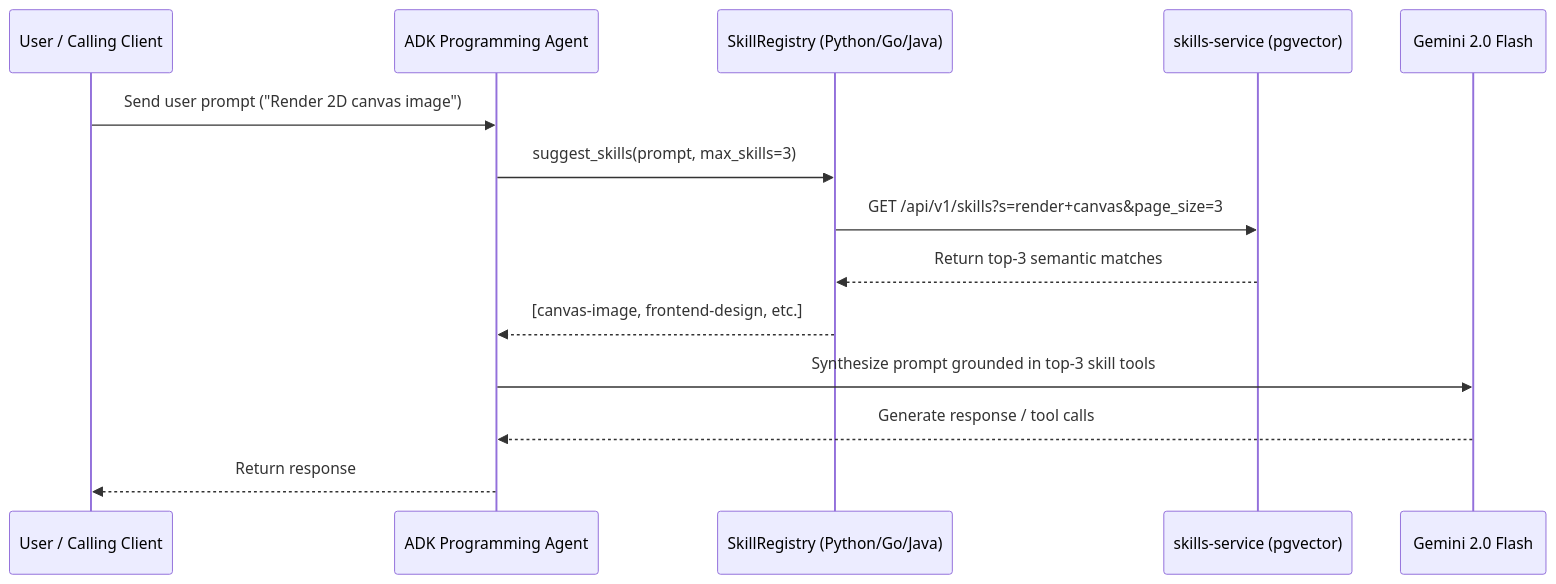
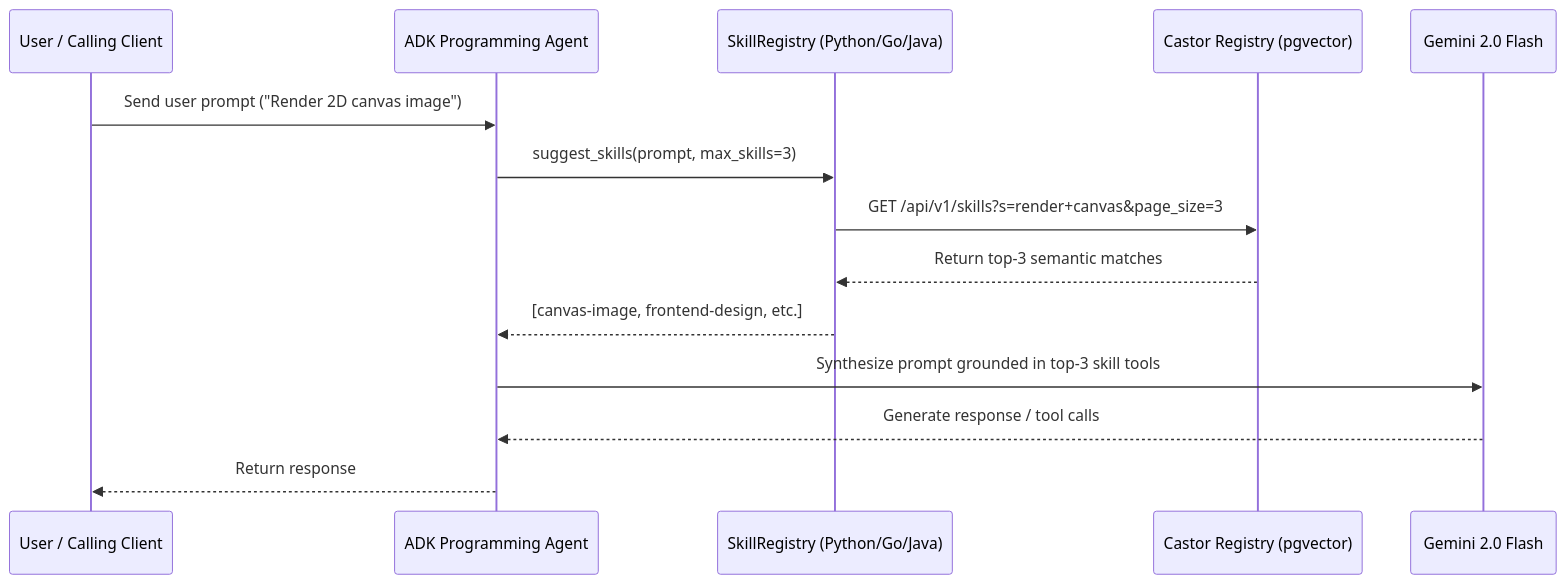
The second of 2 diagrams in docs/content/architecture.md (retail-cortex/skills), drawn with Mermaid before and after one commit. The commit also changed other lines of this file and 90 other files, not shown here.

````diff
--- a/docs/content/architecture.md
+++ b/docs/content/architecture.md
@@ -167,17 +167,17 @@
 ```mermaid
 sequenceDiagram
     participant User as User / Calling Client
     participant Agent as ADK Programming Agent
     participant Registry as SkillRegistry (Python/Go/Java)
-    participant Server as skills-service (pgvector)
+    participant Server as Castor Registry (pgvector)
     participant LLM as Gemini 2.0 Flash
 
     User->>Agent: Send user prompt ("Render 2D canvas image")
     Agent->>Registry: suggest_skills(prompt, max_skills=3)
     Registry->>Server: GET /api/v1/skills?s=render+canvas&page_size=3
     Server-->>Registry: Return top-3 semantic matches
     Registry-->>Agent: [canvas-image, frontend-design, etc.]
     Agent->>LLM: Synthesize prompt grounded in top-3 skill tools
     LLM-->>Agent: Generate response / tool calls
     Agent-->>User: Return response
 ```
````
